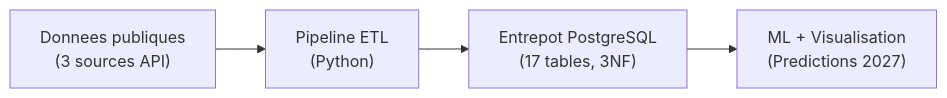
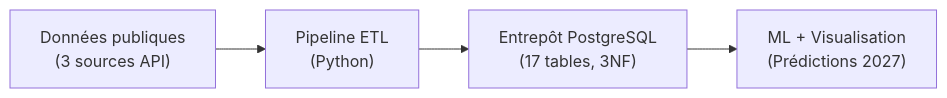
One commit to Sam-rst/EPSI_M1_MSPR-Groupe_RYMS changed the diagram in docs/06-dossier-projet/A1-Cadrage-Besoins.md. Above: the diagram before and after it, drawn with Mermaid. The commit also changed other lines of this file and 8 other files, not shown here.

````diff
--- a/docs/06-dossier-projet/A1-Cadrage-Besoins.md
+++ b/docs/06-dossier-projet/A1-Cadrage-Besoins.md
@@ -41,6 +41,6 @@
 ```mermaid
 flowchart LR
-    A["Donnees publiques\n(3 sources API)"] --> B["Pipeline ETL\n(Python)"]
-    B --> C["Entrepot PostgreSQL\n(17 tables, 3NF)"]
-    C --> D["ML + Visualisation\n(Predictions 2027)"]
+    A["Données publiques\n(3 sources API)"] --> B["Pipeline ETL\n(Python)"]
+    B --> C["Entrepôt PostgreSQL\n(17 tables, 3NF)"]
+    C --> D["ML + Visualisation\n(Prédictions 2027)"]
 ```
````
